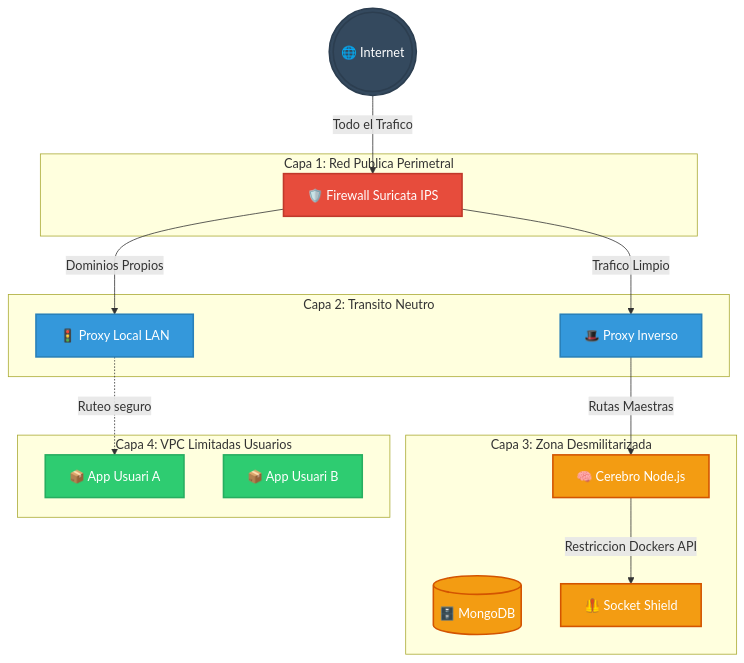
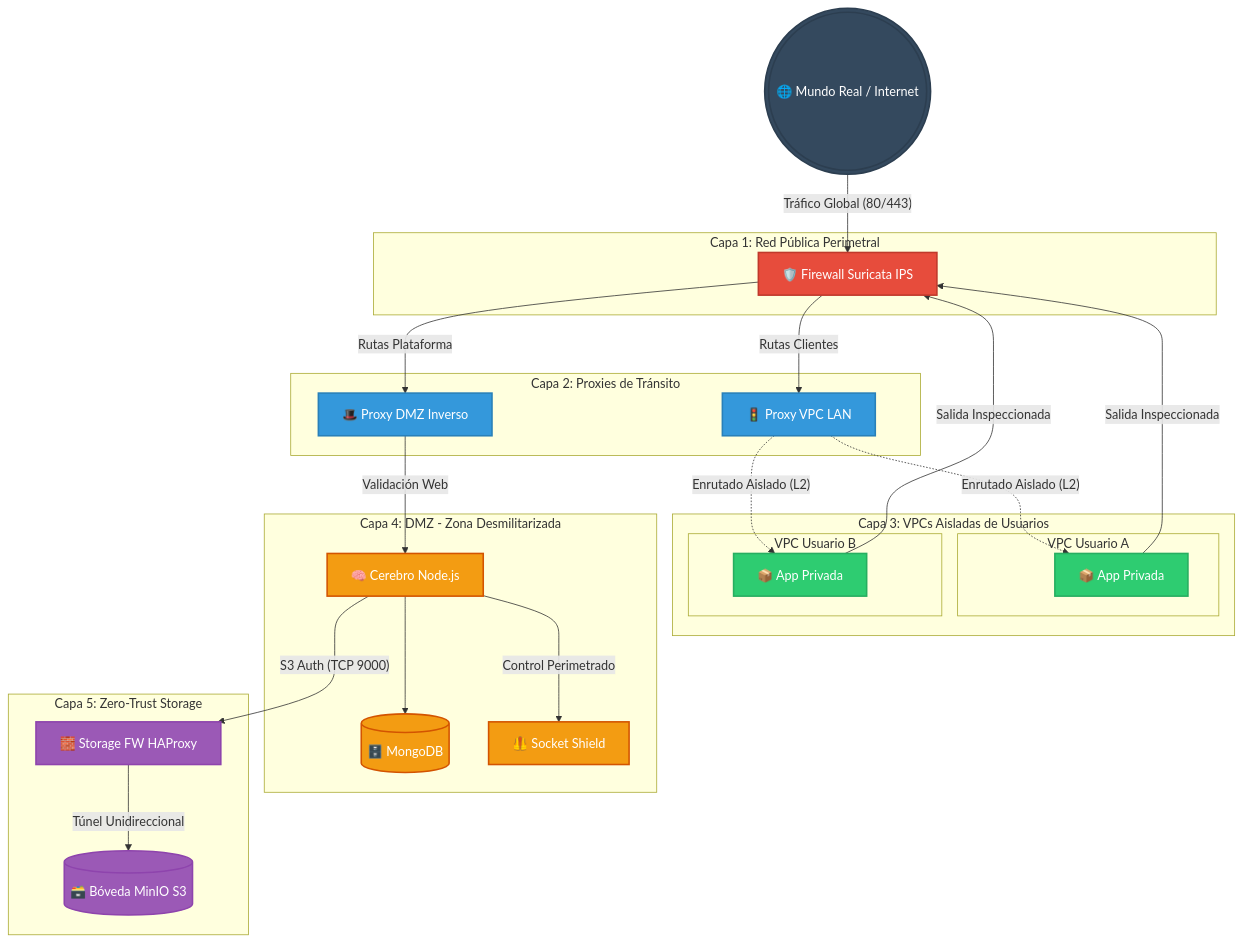
The diagram in README.md (pablojimenez17/dockermanager), drawn with Mermaid before and after one commit. The commit also changed other lines of this file, not shown here.

Commit message:
docs: overhaul network architecture documentation to describe the 5-layer Defense in Depth model and updated routing configurations.

````diff
--- a/README.md
+++ b/README.md
@@ -42,38 +52,58 @@
 ```mermaid
 graph TD
     classDef firewall fill:#e74c3c,stroke:#c0392b,stroke-width:2px,color:white;
     classDef dmz fill:#f39c12,stroke:#d35400,stroke-width:2px,color:white;
     classDef proxy fill:#3498db,stroke:#2980b9,stroke-width:2px,color:white;
     classDef private fill:#2ecc71,stroke:#27ae60,stroke-width:2px,color:white;
     classDef storage fill:#9b59b6,stroke:#8e44ad,stroke-width:2px,color:white;
     classDef internet fill:#34495e,stroke:#2c3e50,stroke-width:2px,color:white;
 
-    Internet(((🌐 Internet))):::internet
+    Internet(((🌐 Mundo Real / Internet))):::internet
 
-    subgraph public_net [Capa 1: Red Publica Perimetral]
+    subgraph capa1 [Capa 1: Red Pública Perimetral]
         EdgeFW[🛡️ Firewall Suricata IPS]:::firewall
     end
 
-    subgraph proxies [Capa 2: Transito Neutro]
-        AdminProxy[🎩 Proxy Inverso]:::proxy
-        UserProxy[🚦 Proxy Local LAN]:::proxy
+    subgraph capa2 [Capa 2: Proxies de Tránsito]
+        UserProxy[🚦 Proxy VPC LAN]:::proxy
+        AdminProxy[🎩 Proxy DMZ Inverso]:::proxy
     end
 
-    subgraph dmz_net [Capa 3: Zona Desmilitarizada]
+    subgraph capa3 [Capa 3: VPCs Aisladas de Usuarios]
+        subgraph vpc_a [VPC Usuario A]
+            User1[📦 App Privada]:::private
+        end
+        subgraph vpc_b [VPC Usuario B]
+            User2[📦 App Privada]:::private
+        end
+    end
+
+    subgraph capa4 [Capa 4: DMZ - Zona Desmilitarizada]
         Backend[🧠 Cerebro Node.js]:::dmz
         Mongo[(🗄️ MongoDB)]:::dmz
         SocketProxy[🦺 Socket Shield]:::dmz
     end
 
-    subgraph user_vpc [Capa 4: VPC Limitadas Usuarios]
-        User1[📦 App Usuari A]:::private
-        User2[📦 App Usuari B]:::private
+    subgraph capa5 [Capa 5: Zero-Trust Storage]
+        StorageFW[🧱 Storage FW HAProxy]:::storage
+        MinIO[(🗃️ Bóveda MinIO S3)]:::storage
     end
 
-    Internet -- Todo el Trafico --> EdgeFW
-    EdgeFW -- Trafico Limpio --> AdminProxy
-    EdgeFW -- Dominios Propios --> UserProxy
-    AdminProxy -- Rutas Maestras --> Backend
-    UserProxy -. Ruteo seguro .-> User1
-    Backend -- Restriccion Dockers API --> SocketProxy
+    Internet -- "Tráfico Global (80/443)" --> EdgeFW
+    
+    EdgeFW -- "Rutas Clientes" --> UserProxy
+    EdgeFW -- "Rutas Plataforma" --> AdminProxy
+
+    UserProxy -. "Enrutado Aislado (L2)" .-> User1
+    UserProxy -. "Enrutado Aislado (L2)" .-> User2
+    
+    User1 -- "Salida Inspeccionada" --> EdgeFW
+    User2 -- "Salida Inspeccionada" --> EdgeFW
+
+    AdminProxy -- "Validación Web" --> Backend
+    Backend --> Mongo
+    Backend -- "Control Perimetrado" --> SocketProxy
+    
+    Backend -- "S3 Auth (TCP 9000)" --> StorageFW
+    StorageFW -- "Túnel Unidireccional" --> MinIO
 ```
````
